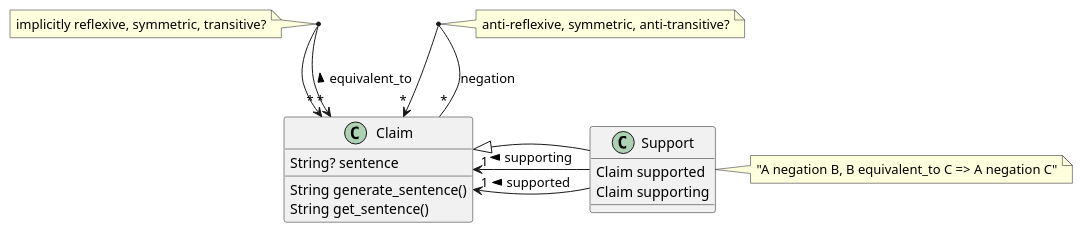
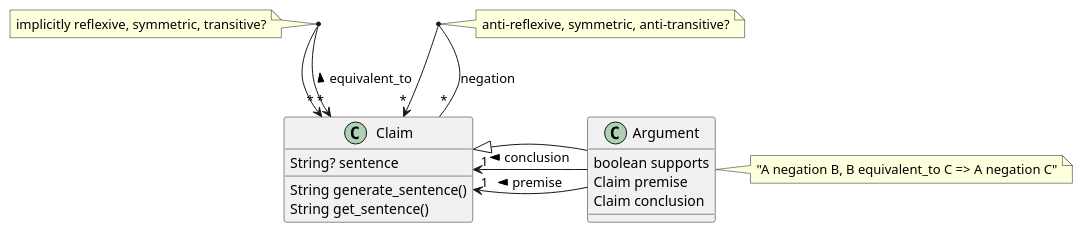
Before and after one commit to canonical-debate-lab/cd-domain-model: the diagram in diagram/tim.puml, drawn with PlantUML. The commit also changed 1 other file, not shown here.

```diff
--- a/diagram/tim.puml
+++ b/diagram/tim.puml
@@ -1,37 +1,38 @@
 @startuml
 
 class Claim {
   String? sentence
   ' String negation_sentence  (must be != sentence)
   String generate_sentence()
   String get_sentence()
 }
 
 Claim "*" <-> "*" Claim : > equivalent_to
 note  "implicitly reflexive, symmetric, transitive?" as N2
 (Claim, Claim) . N2
 
 '(Claim, Claim) . ClaimEquivalence
 'ClaimEquivalenceClass o-> "*" Claim
 
 'ClaimEquivalence "*" -> "*" ClaimEquivalence : > negation
 
 Claim "*" -> "*" Claim : > negation
 note  "anti-reflexive, symmetric, anti-transitive?" as N1
 (Claim, Claim) .. N1
 
 'Claim o-> Claim : > supports
 
-class Support {
-  Claim supported
-  Claim supporting
+class Argument {
+  boolean supports
+  Claim premise
+  Claim conclusion
 }
 note right: "A negation B, B equivalent_to C => A negation C"
 
-Claim "1" <- Support: < supported 
-Claim "1" <- Support: < supporting
+Claim "1" <- Argument: < premise 
+Claim "1" <- Argument: < conclusion
 
-Claim <|-- Support
+Claim <|-- Argument
 
 
 @enduml
```
